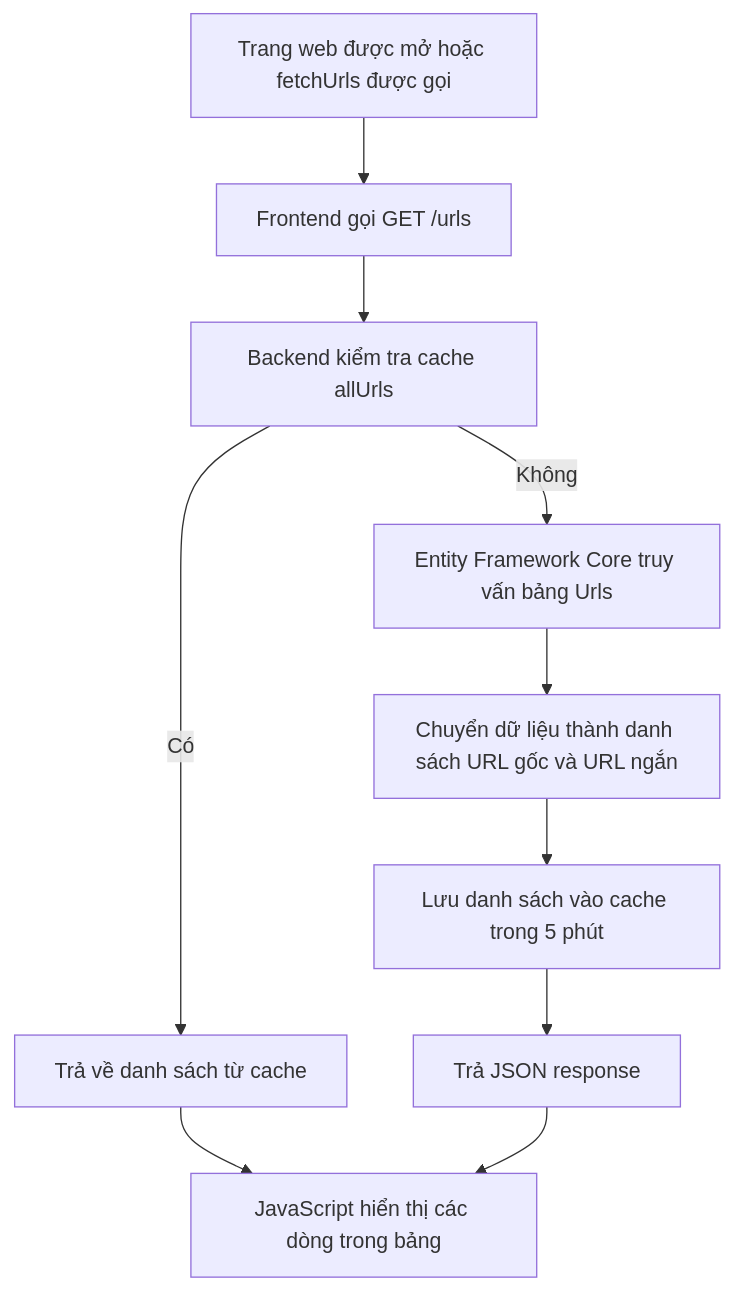
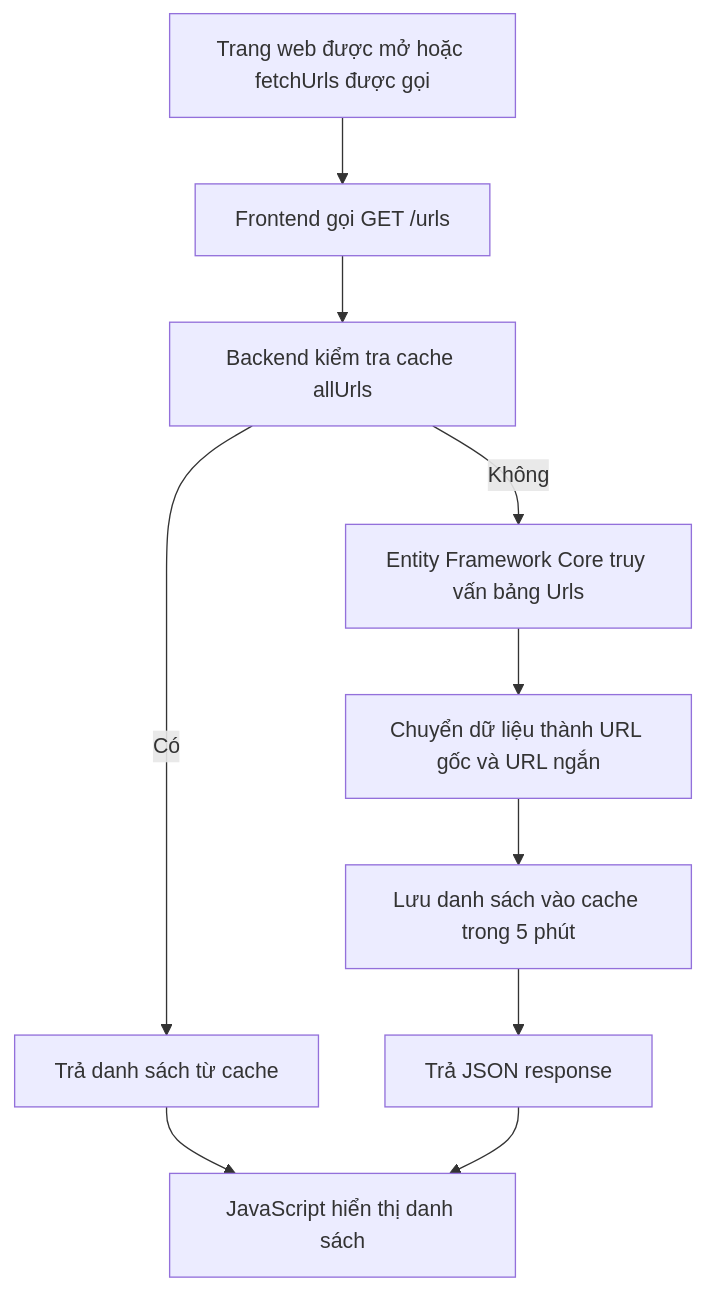
One commit to trandinhthong7/UrlShort-AMD201 changed the second of 4 diagrams in README.md. Above: the diagram before and after it, drawn with Mermaid. The commit also changed other lines of this file, not shown here.

Commit message:
Fix Mermaid diagram parsing errors in README

````diff
--- a/README.md
+++ b/README.md
@@ -145,12 +140,12 @@
 ```mermaid
 flowchart TD
-    A[Trang web được mở hoặc fetchUrls được gọi] --> B[Frontend gọi GET /urls]
-    B --> C[Backend kiểm tra cache allUrls]
-    C -- Có --> D[Trả về danh sách từ cache]
-    C -- Không --> E[Entity Framework Core truy vấn bảng Urls]
-    E --> F[Chuyển dữ liệu thành danh sách URL gốc và URL ngắn]
-    F --> G[Lưu danh sách vào cache trong 5 phút]
-    G --> H[Trả JSON response]
-    D --> I[JavaScript hiển thị các dòng trong bảng]
+    A["Trang web được mở hoặc fetchUrls được gọi"] --> B["Frontend gọi GET /urls"]
+    B --> C["Backend kiểm tra cache allUrls"]
+    C -- "Có" --> D["Trả danh sách từ cache"]
+    C -- "Không" --> E["Entity Framework Core truy vấn bảng Urls"]
+    E --> F["Chuyển dữ liệu thành URL gốc và URL ngắn"]
+    F --> G["Lưu danh sách vào cache trong 5 phút"]
+    G --> H["Trả JSON response"]
+    D --> I["JavaScript hiển thị danh sách"]
     H --> I
 ```
````
